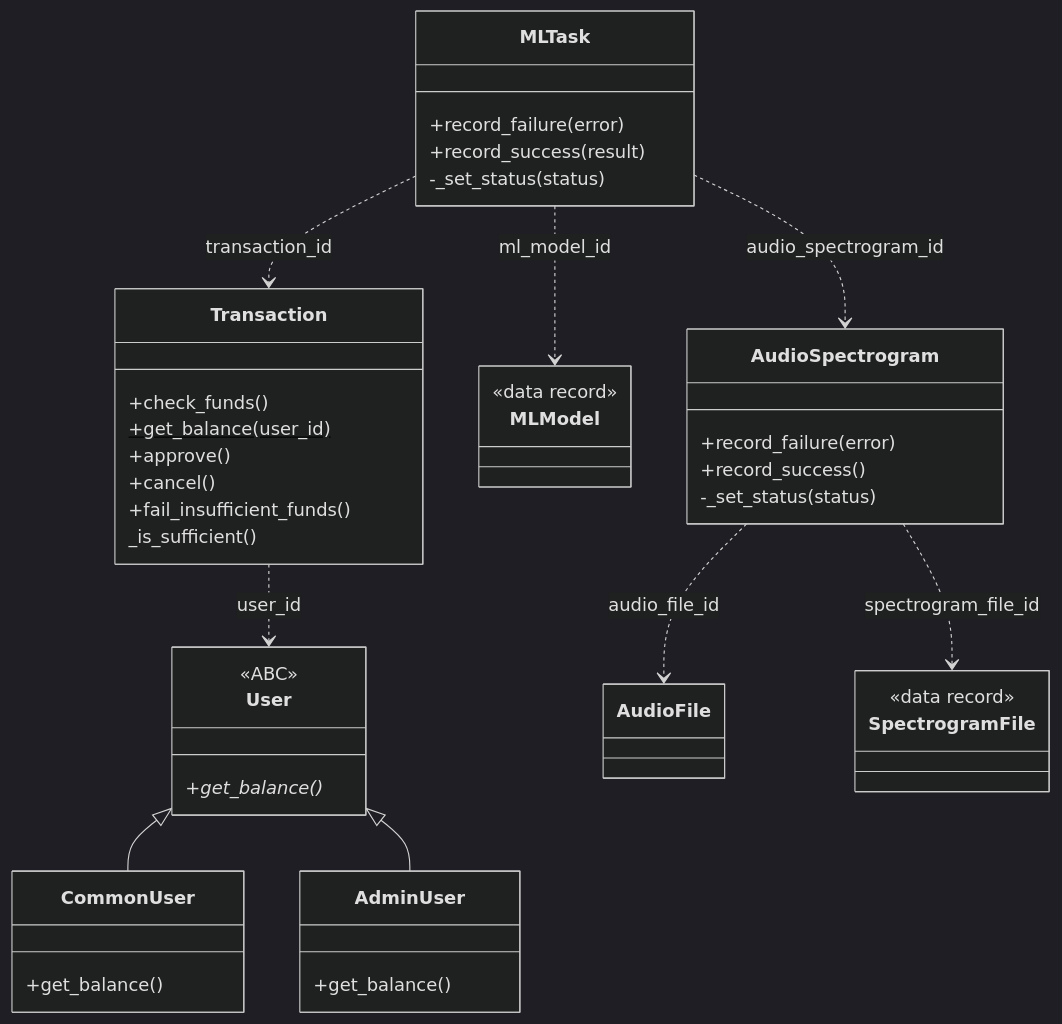
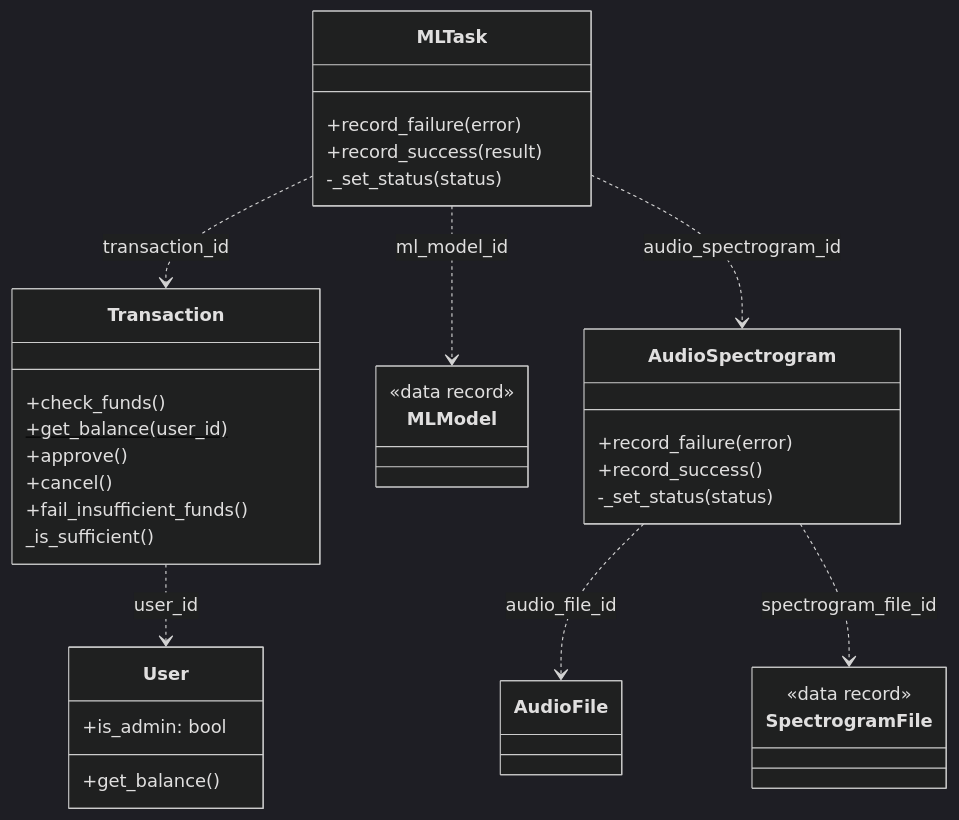
The first of 2 diagrams in README.md (Ch1g/MusicGenreSommelierAI), drawn with Mermaid (dark theme) before and after one commit. The commit also changed other lines of this file, not shown here.

````diff
--- a/README.md
+++ b/README.md
@@ -49,59 +54,48 @@
 ```mermaid
 classDiagram
     direction TB
 
     class User {
-        <<ABC>>
-        +get_balance()* 
-    }
-
-    class CommonUser {
-        +get_balance()
-    }
-
-    class AdminUser {
+        +is_admin: bool
         +get_balance()
     }
 
     class AudioFile {
     }
 
     class SpectrogramFile {
         <<data record>>
     }
 
     class AudioSpectrogram {
         +record_failure(error)
         +record_success()
         -_set_status(status)
     }
 
     class MLModel {
         <<data record>>
     }
 
     class MLTask {
         +record_failure(error)
         +record_success(result)
         -_set_status(status)
     }
 
     class Transaction {
         +check_funds()
         +get_balance(user_id) $
         +approve()
         +cancel()
         +fail_insufficient_funds()
         _is_sufficient()
     }
 
-    User <|-- CommonUser
-    User <|-- AdminUser
-
     MLTask ..> Transaction : transaction_id
     MLTask ..> MLModel : ml_model_id
     MLTask ..> AudioSpectrogram : audio_spectrogram_id
     Transaction ..> User : user_id
     AudioSpectrogram ..> AudioFile : audio_file_id
     AudioSpectrogram ..> SpectrogramFile : spectrogram_file_id
 ```
````
